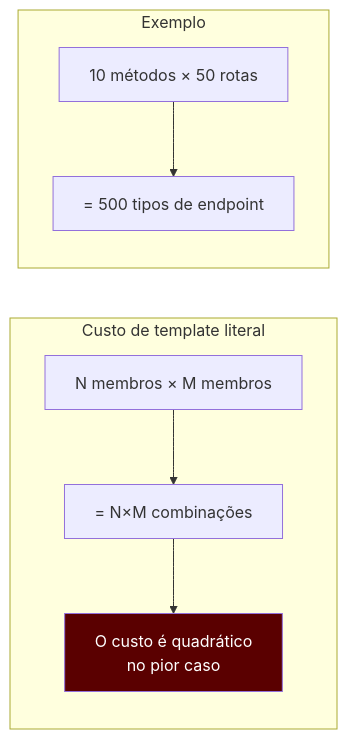
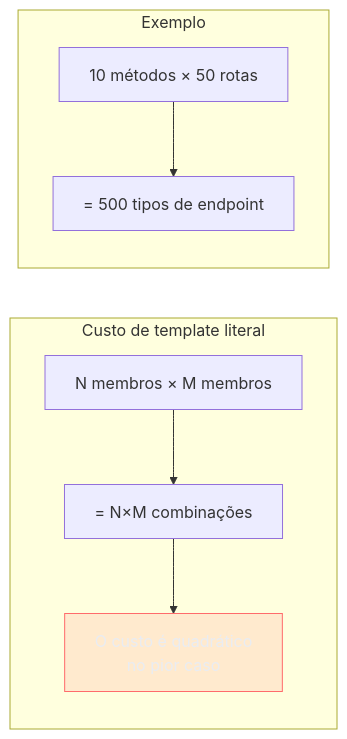
One commit to josenaldo/codex-technomanticus changed the seventh of 8 diagrams in 03-Dominios/Tecnologia/TypeScript/25 - TypeScript em escala - performance do compilador e project references.md. Above: the diagram before and after it, drawn with Mermaid. The commit also changed other lines of this file and 1181 other files, not shown here.

First line of the commit message:
fix(diagramas): paleta do sistema no lugar de cor cravada no markdown

````diff
--- a/03-Dominios/Tecnologia/TypeScript/25 - TypeScript em escala - performance do compilador e project references.md
+++ b/03-Dominios/Tecnologia/TypeScript/25 - TypeScript em escala - performance do compilador e project references.md
@@ -436,17 +442,18 @@
 ```mermaid
 graph LR
+    classDef falha fill:#FF6B6B24,stroke:#FF6B6B,color:#E9ECF2
     subgraph "Custo de template literal"
         A["N membros × M membros"]
         B["= N×M combinações"]
         C["O custo é quadrático\nno pior caso"]
         A --> B --> C
     end
 
     subgraph "Exemplo"
         D["10 métodos × 50 rotas"]
         E["= 500 tipos de endpoint"]
         D --> E
     end
 
-    style C fill:#5a0000,color:#fff
+    class C falha
 ```
````
